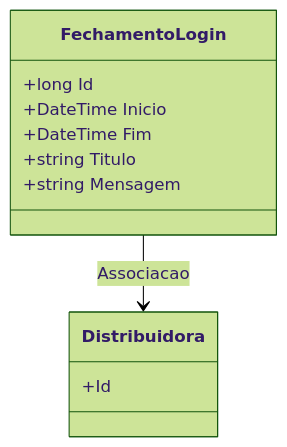
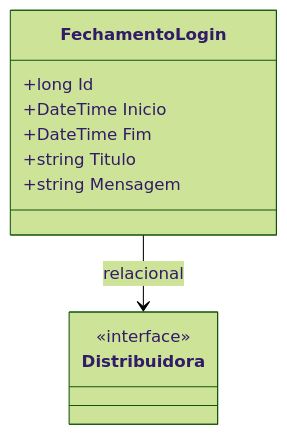
Before and after one commit to IsthmusSistemas/documentacao-tecnica: the diagram in docs/b2b-dominio/IsthmusWinthor.Nucleo/IsthmusWinthor.Dominio/Entidades/FechamentoLogin.md, drawn with Mermaid (forest theme). The commit also changed other lines of this file and 882 other files, not shown here.

````diff
--- a/docs/b2b-dominio/IsthmusWinthor.Nucleo/IsthmusWinthor.Dominio/Entidades/FechamentoLogin.md
+++ b/docs/b2b-dominio/IsthmusWinthor.Nucleo/IsthmusWinthor.Dominio/Entidades/FechamentoLogin.md
@@ -21,16 +21,15 @@
 ```mermaid
 classDiagram
     class FechamentoLogin {
         +long Id
         +DateTime Inicio
         +DateTime Fim
         +string Titulo
         +string Mensagem
     }
+    class Distribuidora {
+        <<interface>>
+    }
 
-    class Distribuidora {
-        +Id
-    } 
-
-    FechamentoLogin --> Distribuidora : Associacao
+    FechamentoLogin --> Distribuidora : relacional
 ```
````
